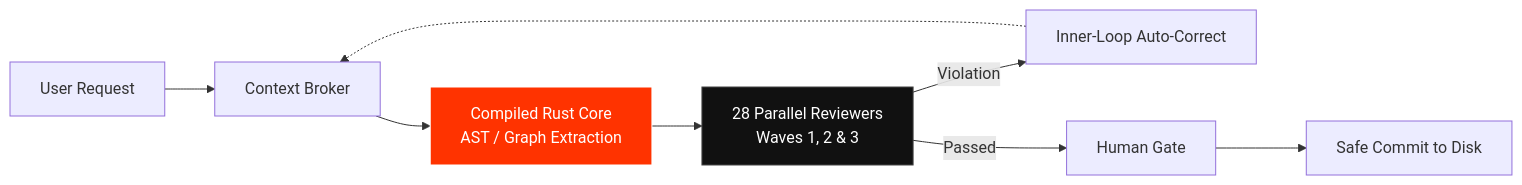
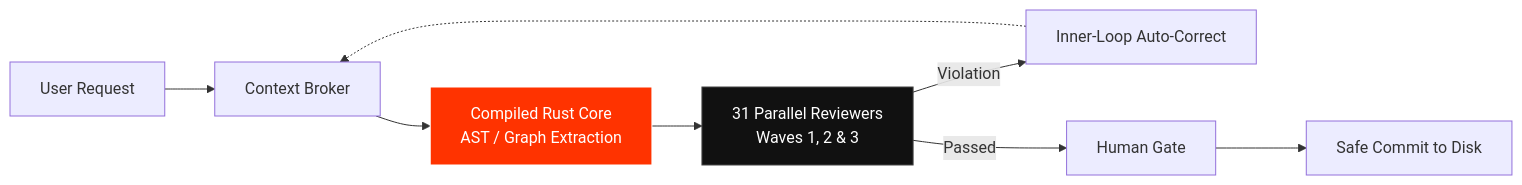
Before and after one commit to Harmitx7/tribunal-kit: the diagram in README.md, drawn with Mermaid. The commit also changed other lines of this file and 109 other files, not shown here.

````diff
--- a/README.md
+++ b/README.md
@@ -82,13 +82,13 @@
 ```mermaid
 graph LR
     A[User Request] --> B[Context Broker]
     B --> C[Compiled Rust Core<br/>AST / Graph Extraction]
-    C --> D[28 Parallel Reviewers<br/>Waves 1, 2 & 3]
+    C --> D[31 Parallel Reviewers<br/>Waves 1, 2 & 3]
     D -->|Violation| E[Inner-Loop Auto-Correct]
     E -.-> B
     D -->|Passed| F[Human Gate]
     F --> G[Safe Commit to Disk]
 
     style C fill:#ff3300,stroke:#fff,stroke-width:1px,color:#fff
     style D fill:#111,stroke:#444,stroke-width:1px,color:#fff
 ```
````
